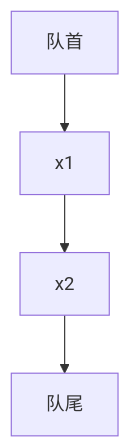
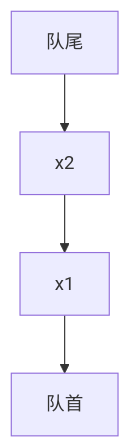
The third of 3 diagrams in Java/Java基础/04.集合.md (jinlemon7/learning_Display), drawn with Mermaid before and after one commit. The commit also changed other lines of this file, not shown here.

````diff
--- a/Java/Java基础/04.集合.md
+++ b/Java/Java基础/04.集合.md
@@ -210,6 +210,6 @@
   ```mermaid
   graph TD;
-  队首 --> x1;
-  x1 --> x2;
-  x2 --> 队尾;
+  队尾 --> x2;
+  x2 --> x1;
+  x1 --> 队首;
   ```
````
